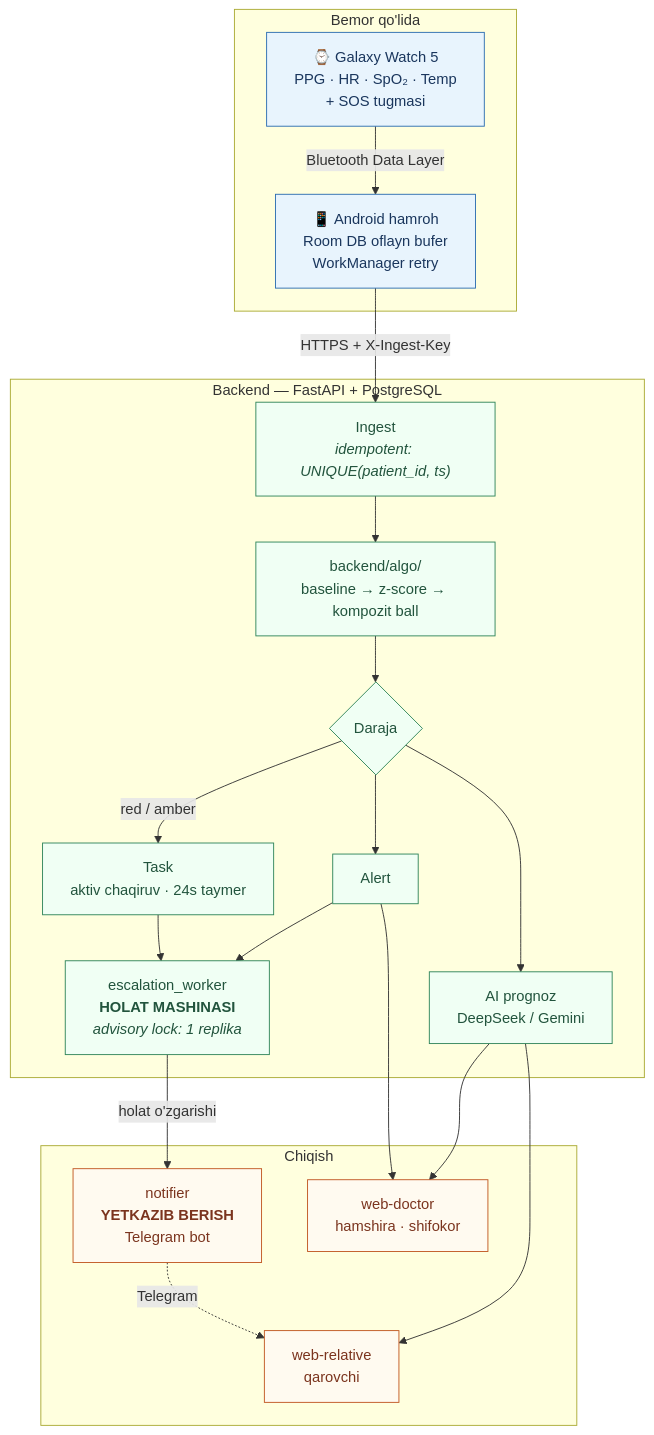
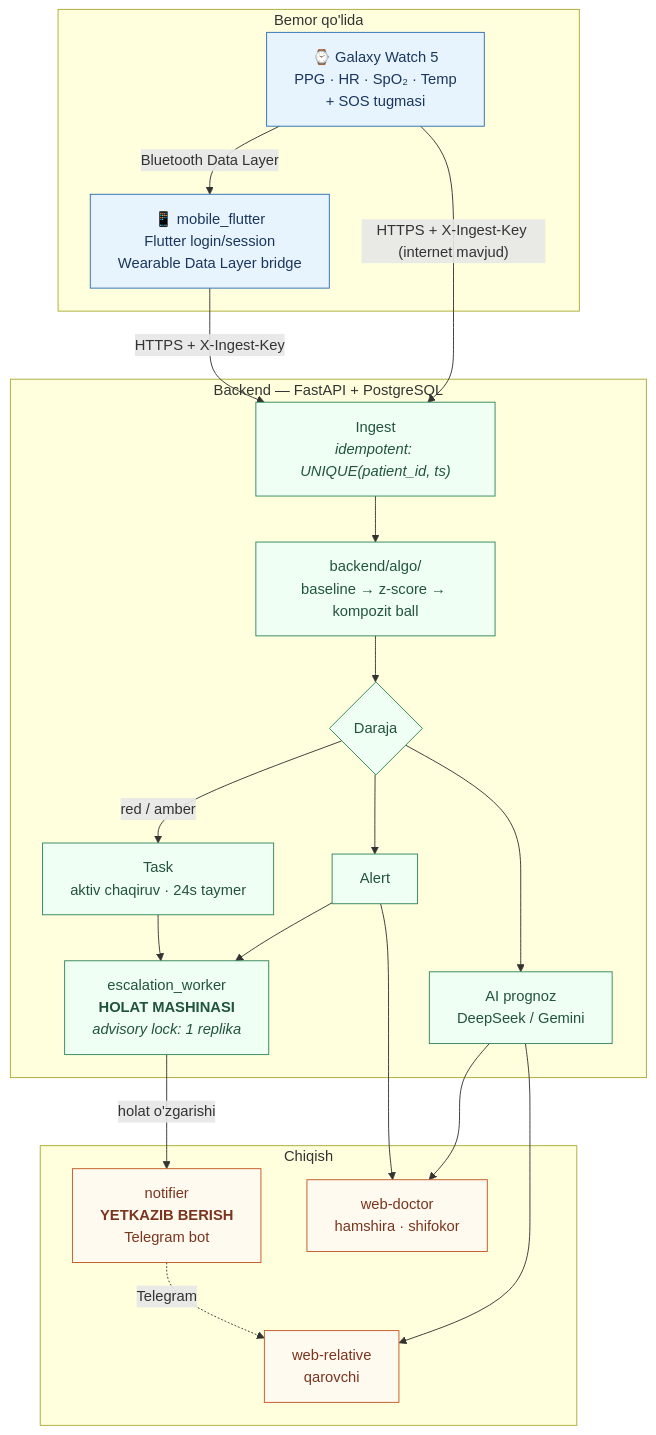
Before and after one commit to Baxrom0311/wmax: the third of 6 diagrams in docs/WMAX.md, drawn with Mermaid. The commit also changed other lines of this file and 2 other files, not shown here.

Commit message:
docs: refresh architecture and module paths

````diff
--- a/docs/WMAX.md
+++ b/docs/WMAX.md
@@ -166,44 +166,45 @@
 ```mermaid
 flowchart TD
     subgraph device["Bemor qo'lida"]
         W["⌚ Galaxy Watch 5<br/>PPG · HR · SpO₂ · Temp<br/>+ SOS tugmasi"]
-        P["📱 Android hamroh<br/>Room DB oflayn bufer<br/>WorkManager retry"]
+        P["📱 mobile_flutter<br/>Flutter login/session<br/>Wearable Data Layer bridge"]
     end
 
     subgraph backend["Backend — FastAPI + PostgreSQL"]
         ING["Ingest<br/><i>idempotent: UNIQUE(patient_id, ts)</i>"]
         ALG["backend/algo/<br/>baseline → z-score → kompozit ball"]
         LVL{"Daraja"}
         TASK["Task<br/>aktiv chaqiruv · 24s taymer"]
         AL["Alert"]
         AI["AI prognoz<br/>DeepSeek / Gemini"]
         ESC["escalation_worker<br/><b>HOLAT MASHINASI</b><br/><i>advisory lock: 1 replika</i>"]
     end
 
     subgraph out["Chiqish"]
         NOT["notifier<br/><b>YETKAZIB BERISH</b><br/>Telegram bot"]
         WD["web-doctor<br/>hamshira · shifokor"]
         WR["web-relative<br/>qarovchi"]
     end
 
     W -->|"Bluetooth Data Layer"| P
     P -->|"HTTPS + X-Ingest-Key"| ING
+    W -->|"HTTPS + X-Ingest-Key (internet mavjud)"| ING
     ING --> ALG --> LVL
     LVL -->|"red / amber"| TASK
     LVL --> AL
     LVL --> AI
     TASK --> ESC
     AL --> ESC
     ESC -->|"holat o'zgarishi"| NOT
     AL --> WD
     AI --> WD
     AI --> WR
     NOT -.->|"Telegram"| WR
 
     classDef dev fill:#e8f4fd,stroke:#2b6cb0,color:#1a365d
     classDef be fill:#f0fff4,stroke:#2f855a,color:#22543d
     classDef o fill:#fffaf0,stroke:#c05621,color:#7b341e
     class W,P dev
     class ING,ALG,LVL,TASK,AL,AI,ESC be
     class NOT,WD,WR o
 ```
````
